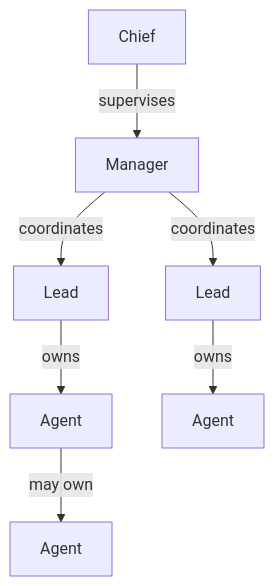
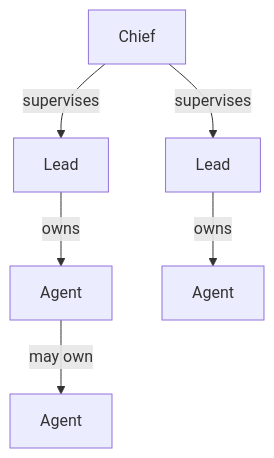
Before and after one commit to Shrub24/pi-extensions: the diagram in pi-herdsman/docs/concepts/coordination.md, drawn with Mermaid. The commit also changed other lines of this file and 79 other files, not shown here.

````diff
--- a/pi-herdsman/docs/concepts/coordination.md
+++ b/pi-herdsman/docs/concepts/coordination.md
@@ -10,9 +10,8 @@
 ```mermaid
 flowchart TD
-    C[Chief] -->|supervises| M[Manager]
-    M -->|coordinates| L1[Lead]
-    M -->|coordinates| L2[Lead]
+    C[Chief] -->|supervises| L1[Lead]
+    C -->|supervises| L2[Lead]
     L1 -->|owns| A1[Agent]
     A1 -->|may own| A2[Agent]
     L2 -->|owns| A3[Agent]
 ```
````
